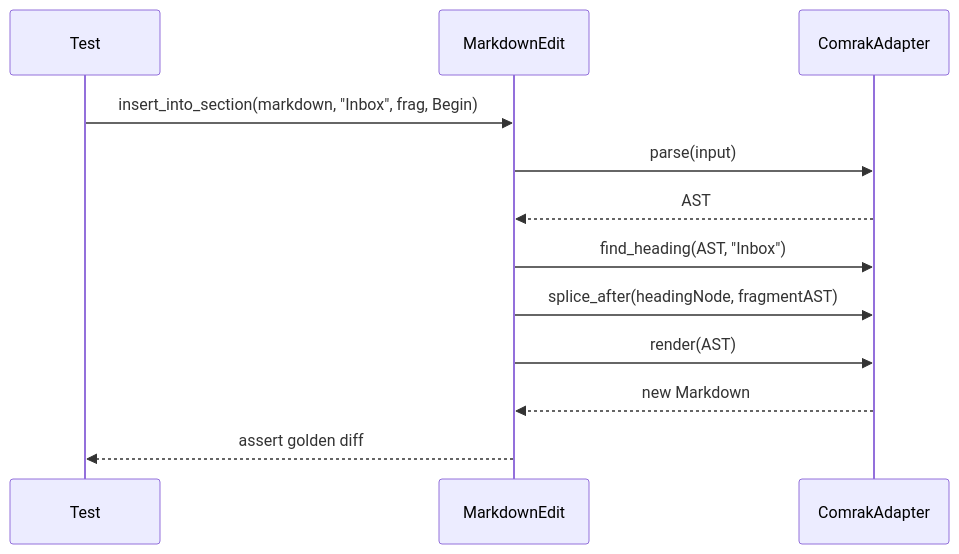
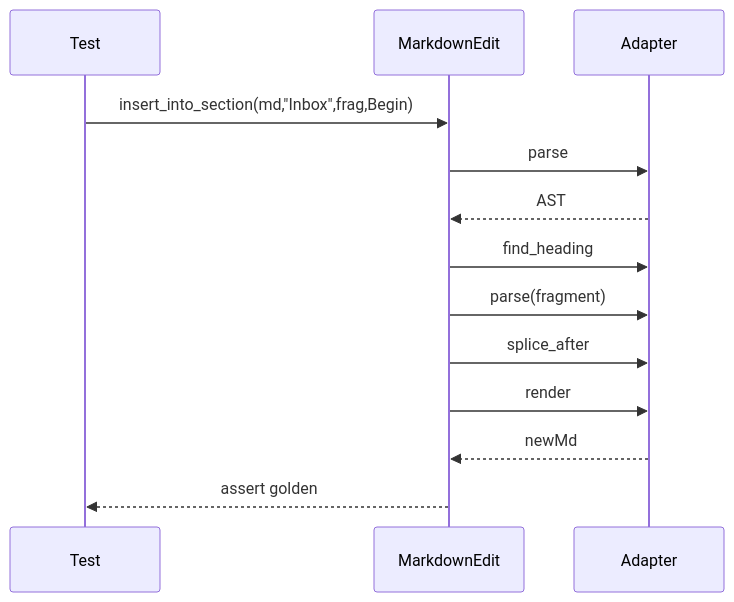
Before and after one commit to agustinvalencia/mdvault: the tenth of 22 diagrams in docs/01_development_plan.md, drawn with Mermaid. The commit also changed other lines of this file and 2 other files, not shown here.

````diff
--- a/docs/01_development_plan.md
+++ b/docs/01_development_plan.md
@@ -270,15 +267,15 @@
 ```mermaid
 sequenceDiagram
   participant Test
   participant Edit as MarkdownEdit
-  participant Comrak as ComrakAdapter
-
-  Test->>Edit: insert_into_section(markdown, "Inbox", frag, Begin)
-  Edit->>Comrak: parse(input)
+  participant Comrak as Adapter
+  Test->>Edit: insert_into_section(md,"Inbox",frag,Begin)
+  Edit->>Comrak: parse
   Comrak-->>Edit: AST
-  Edit->>Comrak: find_heading(AST, "Inbox")
-  Edit->>Comrak: splice_after(headingNode, fragmentAST)
-  Edit->>Comrak: render(AST)
-  Comrak-->>Edit: new Markdown
-  Edit-->>Test: assert golden diff
+  Edit->>Comrak: find_heading
+  Edit->>Comrak: parse(fragment)
+  Edit->>Comrak: splice_after
+  Edit->>Comrak: render
+  Comrak-->>Edit: newMd
+  Edit-->>Test: assert golden
 ```
````
